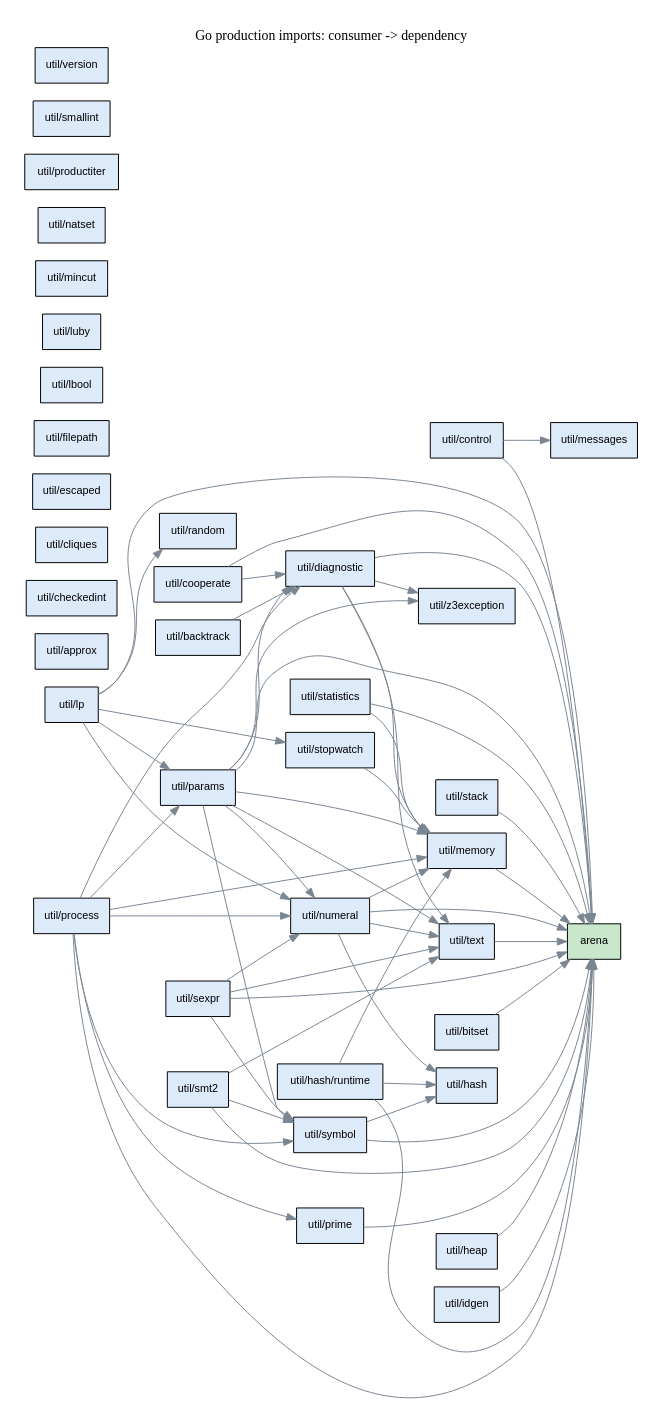
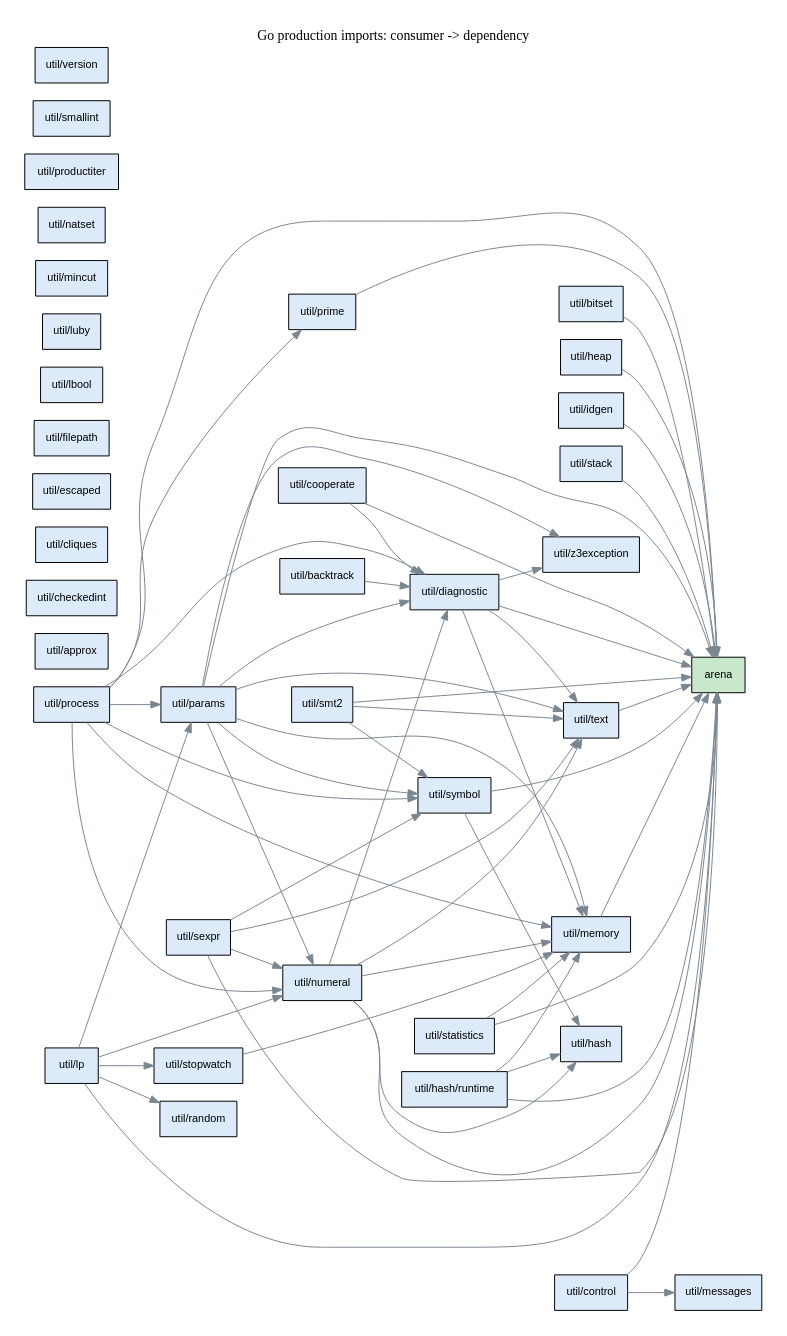
Before and after one commit to glycerine/g3-preview: the diagram in doc/util_dependencies.dot, drawn with Graphviz. The commit also changed 9 other files, not shown here.

```diff
--- a/doc/util_dependencies.dot
+++ b/doc/util_dependencies.dot
@@ -1,100 +1,101 @@
 digraph packages {
   rankdir=LR;
   graph [bgcolor=white, pad=0.25];
   node [shape=box, fontname="sans-serif", fontsize=11];
   edge [color="#7a8793"];
   label="Go production imports: consumer -> dependency";
   labelloc=t;
   "arena" [style=filled, fillcolor="#c9e8cb"];
   "util/approx" [style=filled, fillcolor="#dceafa"];
   "util/backtrack" [style=filled, fillcolor="#dceafa"];
   "util/backtrack" -> "util/diagnostic";
   "util/bitset" [style=filled, fillcolor="#dceafa"];
   "util/bitset" -> "arena";
   "util/checkedint" [style=filled, fillcolor="#dceafa"];
   "util/cliques" [style=filled, fillcolor="#dceafa"];
   "util/control" [style=filled, fillcolor="#dceafa"];
   "util/control" -> "arena";
   "util/control" -> "util/messages";
   "util/cooperate" [style=filled, fillcolor="#dceafa"];
   "util/cooperate" -> "arena";
   "util/cooperate" -> "util/diagnostic";
   "util/diagnostic" [style=filled, fillcolor="#dceafa"];
   "util/diagnostic" -> "arena";
   "util/diagnostic" -> "util/memory";
   "util/diagnostic" -> "util/text";
   "util/diagnostic" -> "util/z3exception";
   "util/escaped" [style=filled, fillcolor="#dceafa"];
   "util/filepath" [style=filled, fillcolor="#dceafa"];
   "util/hash" [style=filled, fillcolor="#dceafa"];
   "util/hash/runtime" [style=filled, fillcolor="#dceafa"];
   "util/hash/runtime" -> "arena";
   "util/hash/runtime" -> "util/hash";
   "util/hash/runtime" -> "util/memory";
   "util/heap" [style=filled, fillcolor="#dceafa"];
   "util/heap" -> "arena";
   "util/idgen" [style=filled, fillcolor="#dceafa"];
   "util/idgen" -> "arena";
   "util/lbool" [style=filled, fillcolor="#dceafa"];
   "util/lp" [style=filled, fillcolor="#dceafa"];
   "util/lp" -> "arena";
   "util/lp" -> "util/numeral";
   "util/lp" -> "util/params";
   "util/lp" -> "util/random";
   "util/lp" -> "util/stopwatch";
   "util/luby" [style=filled, fillcolor="#dceafa"];
   "util/memory" [style=filled, fillcolor="#dceafa"];
   "util/memory" -> "arena";
   "util/messages" [style=filled, fillcolor="#dceafa"];
   "util/mincut" [style=filled, fillcolor="#dceafa"];
   "util/natset" [style=filled, fillcolor="#dceafa"];
   "util/numeral" [style=filled, fillcolor="#dceafa"];
   "util/numeral" -> "arena";
+  "util/numeral" -> "util/diagnostic";
   "util/numeral" -> "util/hash";
   "util/numeral" -> "util/memory";
   "util/numeral" -> "util/text";
   "util/params" [style=filled, fillcolor="#dceafa"];
   "util/params" -> "arena";
   "util/params" -> "util/diagnostic";
   "util/params" -> "util/memory";
   "util/params" -> "util/numeral";
   "util/params" -> "util/symbol";
   "util/params" -> "util/text";
   "util/params" -> "util/z3exception";
   "util/prime" [style=filled, fillcolor="#dceafa"];
   "util/prime" -> "arena";
   "util/process" [style=filled, fillcolor="#dceafa"];
   "util/process" -> "arena";
   "util/process" -> "util/diagnostic";
   "util/process" -> "util/memory";
   "util/process" -> "util/numeral";
   "util/process" -> "util/params";
   "util/process" -> "util/prime";
   "util/process" -> "util/symbol";
   "util/productiter" [style=filled, fillcolor="#dceafa"];
   "util/random" [style=filled, fillcolor="#dceafa"];
   "util/sexpr" [style=filled, fillcolor="#dceafa"];
   "util/sexpr" -> "arena";
   "util/sexpr" -> "util/numeral";
   "util/sexpr" -> "util/symbol";
   "util/sexpr" -> "util/text";
   "util/smallint" [style=filled, fillcolor="#dceafa"];
   "util/smt2" [style=filled, fillcolor="#dceafa"];
   "util/smt2" -> "arena";
   "util/smt2" -> "util/symbol";
   "util/smt2" -> "util/text";
   "util/stack" [style=filled, fillcolor="#dceafa"];
   "util/stack" -> "arena";
   "util/statistics" [style=filled, fillcolor="#dceafa"];
   "util/statistics" -> "arena";
   "util/statistics" -> "util/memory";
   "util/stopwatch" [style=filled, fillcolor="#dceafa"];
   "util/stopwatch" -> "util/memory";
   "util/symbol" [style=filled, fillcolor="#dceafa"];
   "util/symbol" -> "arena";
   "util/symbol" -> "util/hash";
   "util/text" [style=filled, fillcolor="#dceafa"];
   "util/text" -> "arena";
   "util/version" [style=filled, fillcolor="#dceafa"];
   "util/z3exception" [style=filled, fillcolor="#dceafa"];
 }
```
